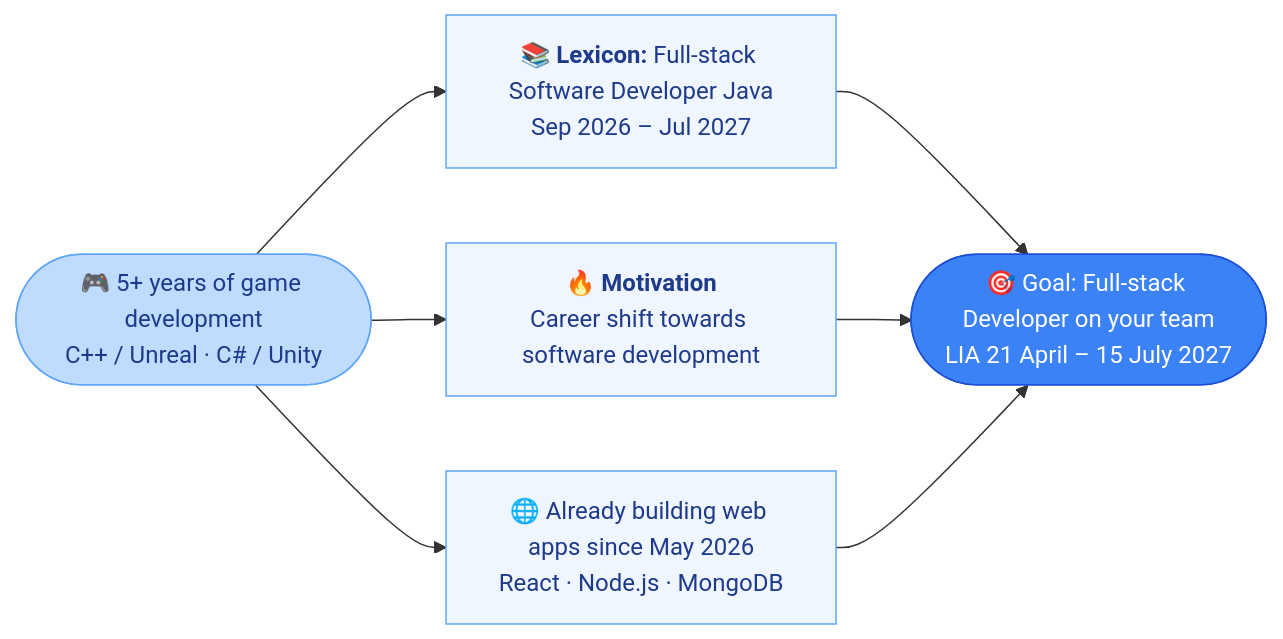
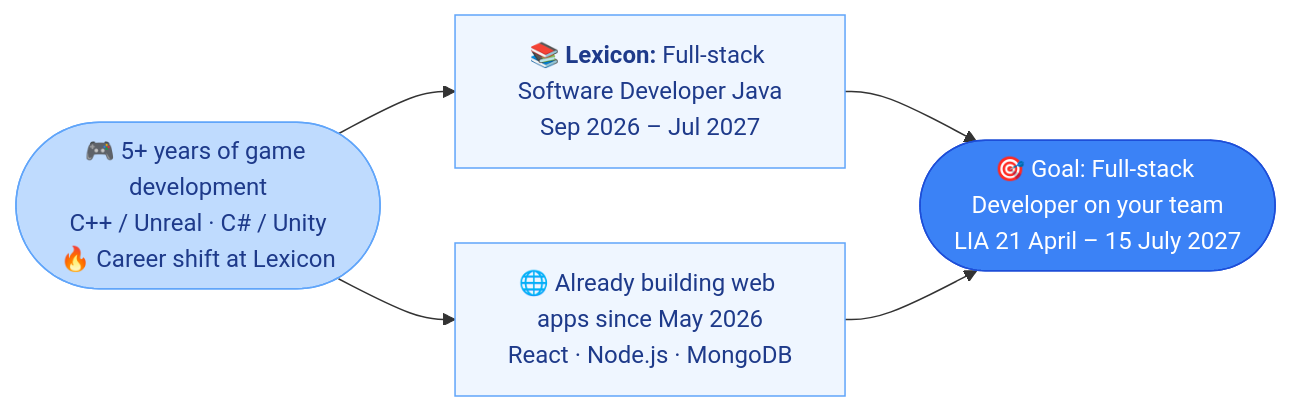
Before and after one commit to IsaVII/IsaVII: the diagram in README.md, drawn with Mermaid.

Commit message:
Refactor flowchart in README to clarify career shift and enhance motivation details

````diff
--- a/README.md
+++ b/README.md
@@ -62,17 +62,15 @@
 ```mermaid
 flowchart LR
-    A(["🎮 5+ years of game development<br/>C++ / Unreal · C# / Unity"]) --> B["📚 <b>Lexicon:</b> Full-stack Software Developer Java<br/>Sep 2026 – Jul 2027"]
-    A --> C["🔥 <b>Motivation</b><br/>Career shift towards software development"]
+    A(["🎮 5+ years of game development<br/>C++ / Unreal · C# / Unity<br/>🔥 Career shift at Lexicon"]) --> B["📚 <b>Lexicon:</b> Full-stack Software Developer Java<br/>Sep 2026 – Jul 2027"]
     A --> E["🌐 Already building web apps since May 2026<br/>React · Node.js · MongoDB"]
     B --> D(["🎯 Goal: Full-stack Developer on your team<br/>LIA 21 April – 15 July 2027"])
-    C --> D
     E --> D
 
     classDef start fill:#bfdbfe,stroke:#60a5fa,color:#1e3a8a
     classDef step fill:#eff6ff,stroke:#60a5fa,color:#1e3a8a
     classDef goal fill:#3b82f6,stroke:#1d4ed8,color:#fff
 
     class A start
-    class B,C,E step
+    class B,E step
     class D goal
 ```
````
